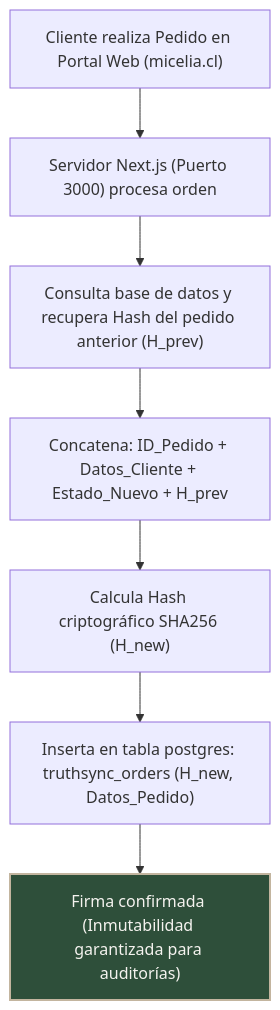
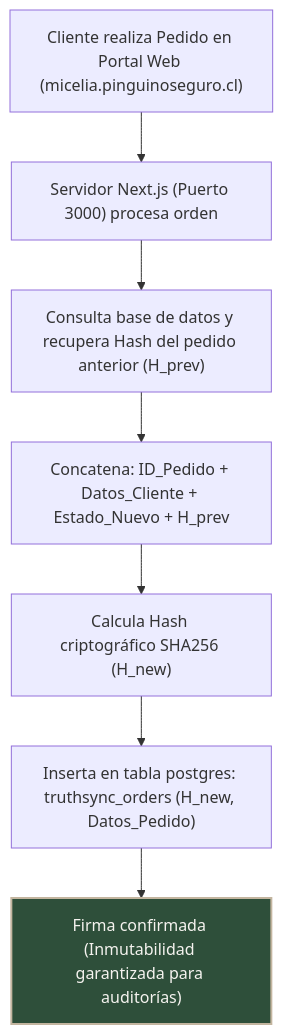
Before and after one commit to jenovoas/micellia: the third of 5 diagrams in Documentos Micelia/dossier_tecnico_micelia.md, drawn with Mermaid. The commit also changed 78 other files, not shown here.

````diff
--- a/Documentos Micelia/dossier_tecnico_micelia.md
+++ b/Documentos Micelia/dossier_tecnico_micelia.md
@@ -87,11 +87,11 @@
 ```mermaid
 flowchart TD
-    A["Cliente realiza Pedido en Portal Web (micelia.cl)"] --> B["Servidor Next.js (Puerto 3000) procesa orden"]
+    A["Cliente realiza Pedido en Portal Web (micelia.pinguinoseguro.cl)"] --> B["Servidor Next.js (Puerto 3000) procesa orden"]
     B --> C["Consulta base de datos y recupera Hash del pedido anterior (H_prev)"]
     C --> D["Concatena: ID_Pedido + Datos_Cliente + Estado_Nuevo + H_prev"]
     D --> E["Calcula Hash criptográfico SHA256 (H_new)"]
     E --> F["Inserta en tabla postgres: truthsync_orders (H_new, Datos_Pedido)"]
     F --> G["Firma confirmada (Inmutabilidad garantizada para auditorías)"]
     
     style G fill:#2e4f3a,stroke:#c3b59f,stroke-width:2px,color:#f5f3ef
 ```
````
